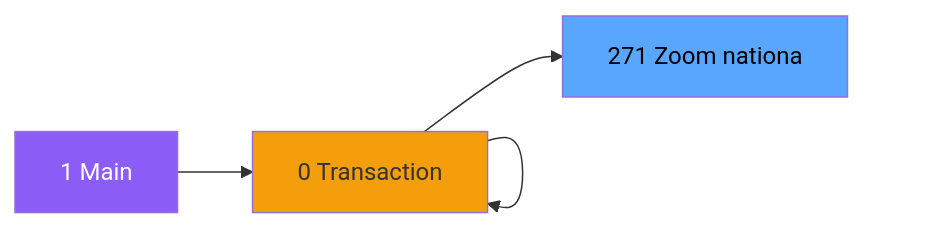
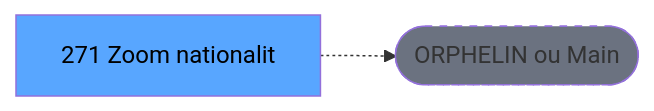
One commit to thonyAGP/lecteur-magic changed the second of 3 diagrams in .openspec/renders/ADH-IDE-271.md. Above: the diagram before and after it, drawn with Mermaid. The commit also changed other lines of this file and 701 other files, not shown here.

````diff
--- a/.openspec/renders/ADH-IDE-271.md
+++ b/.openspec/renders/ADH-IDE-271.md
@@ -113,17 +117,8 @@
 ```mermaid
 graph LR
-    M[1 Main]
-    N0[0 Transaction ]
-    N0[0 Transaction ]
-    N0[0 Transaction ]
-    T[271 Zoom nationa]
-    M --> N0
-    N0 --> N0
-    N0 --> N0
-    N0 --> T
-    style M fill:#8b5cf6,color:#fff
-    style N0 fill:#f59e0b
-    style N0 fill:#f59e0b
-    style N0 fill:#f59e0b
+    T[271 Zoom nationalit]
+    ORPHAN([ORPHELIN ou Main])
+    T -.-> ORPHAN
     style T fill:#58a6ff,color:#000
+    style ORPHAN fill:#6b7280,stroke-dasharray: 5 5
 ```
````
